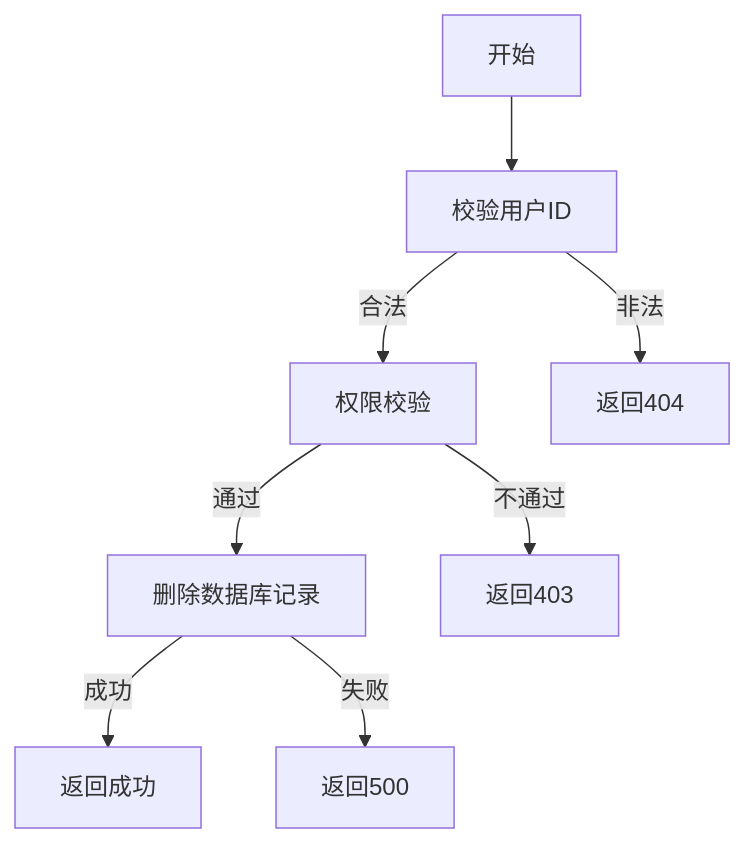
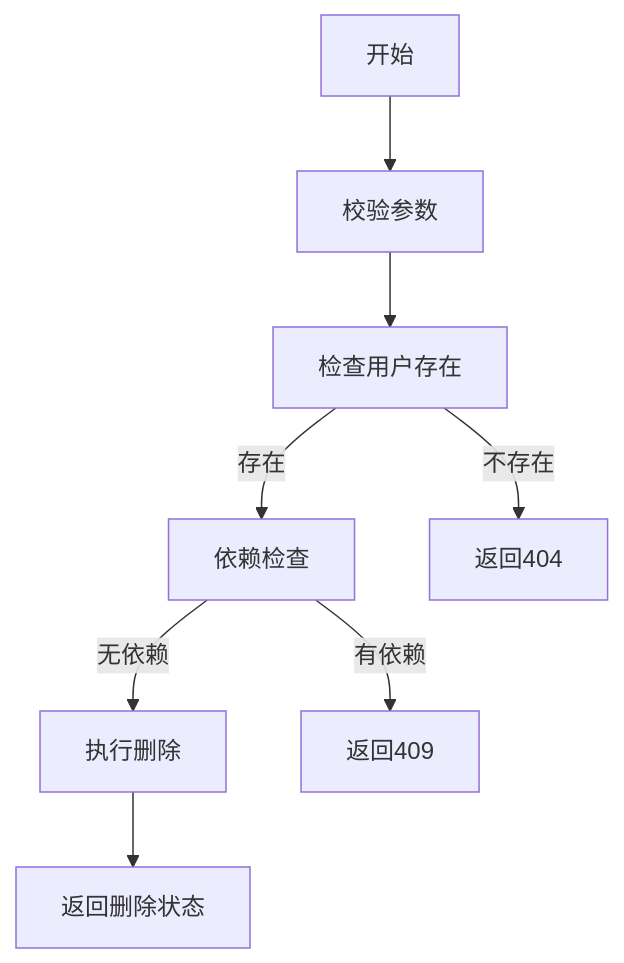
Before and after one commit to YoungBoyGod/OneGoServer: the diagram in docs/需求文档/user/userDelete.md, drawn with Mermaid. The commit also changed other lines of this file and 60 other files, not shown here.

````diff
--- a/docs/需求文档/user/userDelete.md
+++ b/docs/需求文档/user/userDelete.md
@@ -42,10 +68,10 @@
 ```mermaid
-flowchart TD
-    A[开始] --> B[校验用户ID]
-    B -- 合法 --> C[权限校验]
-    C -- 通过 --> D[删除数据库记录]
-    D -- 成功 --> E[返回成功]
-    D -- 失败 --> F[返回500]
-    C -- 不通过 --> G[返回403]
-    B -- 非法 --> H[返回404]
+graph TD
+    A[开始] --> B[校验参数]
+    B --> C[检查用户存在]
+    C -->|存在| D[依赖检查]
+    D -->|无依赖| E[执行删除]
+    D -->|有依赖| F[返回409]
+    E --> G[返回删除状态]
+    C -->|不存在| H[返回404]
 ```
````
